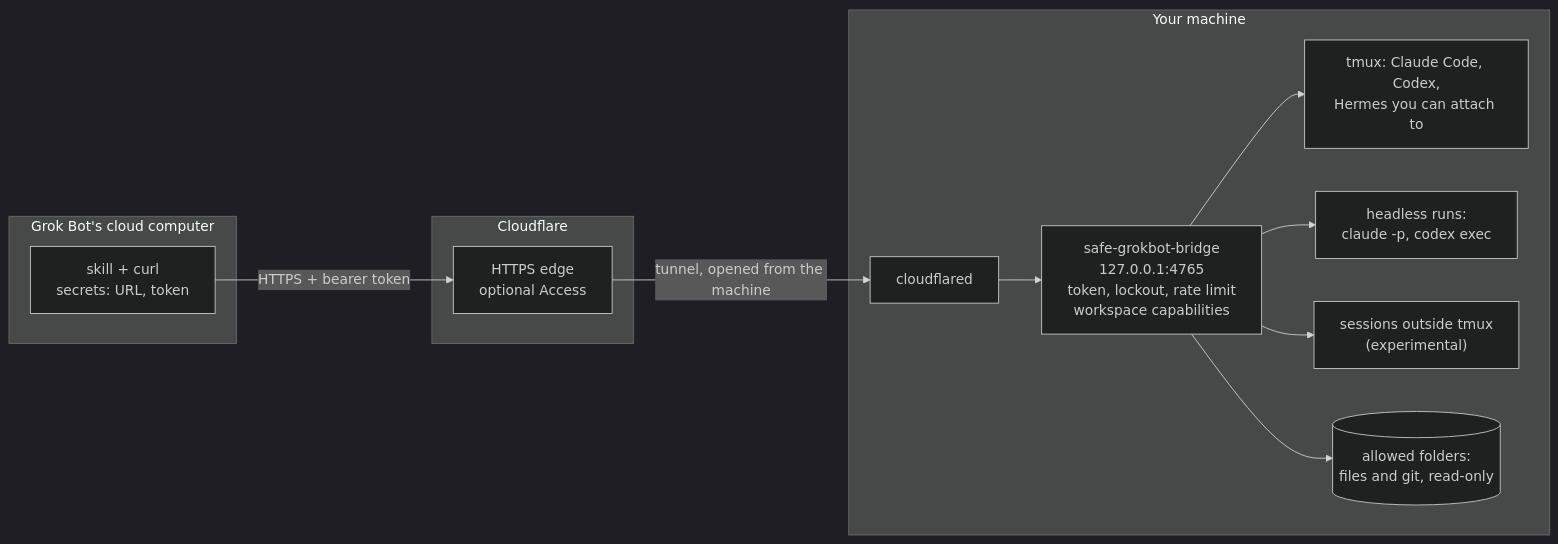
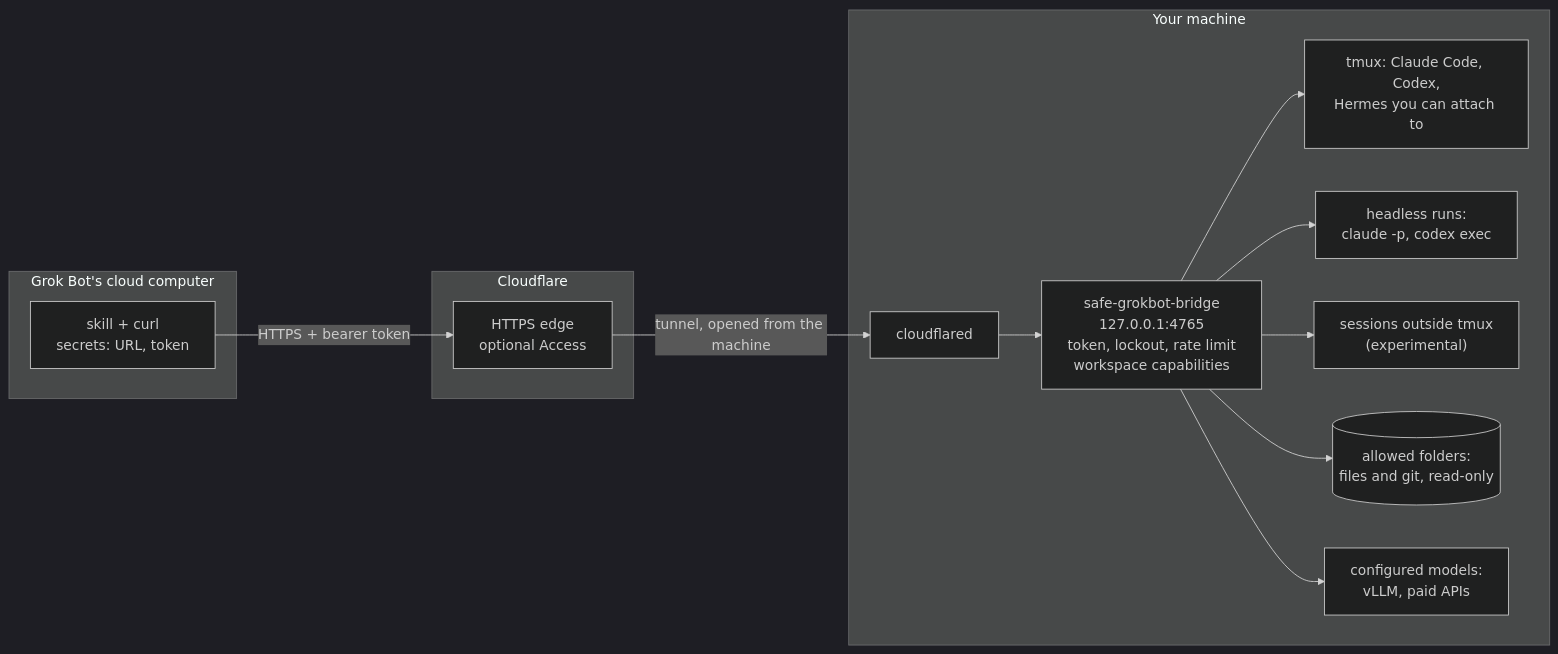
Before and after one commit to janreges/safe-grokbot-bridge: the diagram in README.md, drawn with Mermaid (dark theme). The commit also changed other lines of this file and 7 other files, not shown here.

Commit message:
docs: describe calling models through the bridge

````diff
--- a/README.md
+++ b/README.md
@@ -30,24 +32,26 @@
 ```mermaid
 flowchart LR
     subgraph cloud["Grok Bot's cloud computer"]
         bot["skill + curl<br/>secrets: URL, token"]
     end
     subgraph cf["Cloudflare"]
         edge["HTTPS edge<br/>optional Access"]
     end
     subgraph machine["Your machine"]
         cfd["cloudflared"]
         bridge["safe-grokbot-bridge<br/>127.0.0.1:4765<br/>token, lockout, rate limit<br/>workspace capabilities"]
         tmux["tmux: Claude Code, Codex,<br/>Hermes you can attach to"]
         headless["headless runs:<br/>claude -p, codex exec"]
         external["sessions outside tmux<br/>(experimental)"]
         files[("allowed folders:<br/>files and git, read-only")]
+        models["configured models:<br/>vLLM, paid APIs"]
     end
     bot -- "HTTPS + bearer token" --> edge
     edge -- "tunnel, opened from the machine" --> cfd
     cfd --> bridge
     bridge --> tmux
     bridge --> headless
     bridge --> external
     bridge --> files
+    bridge --> models
 ```
````
